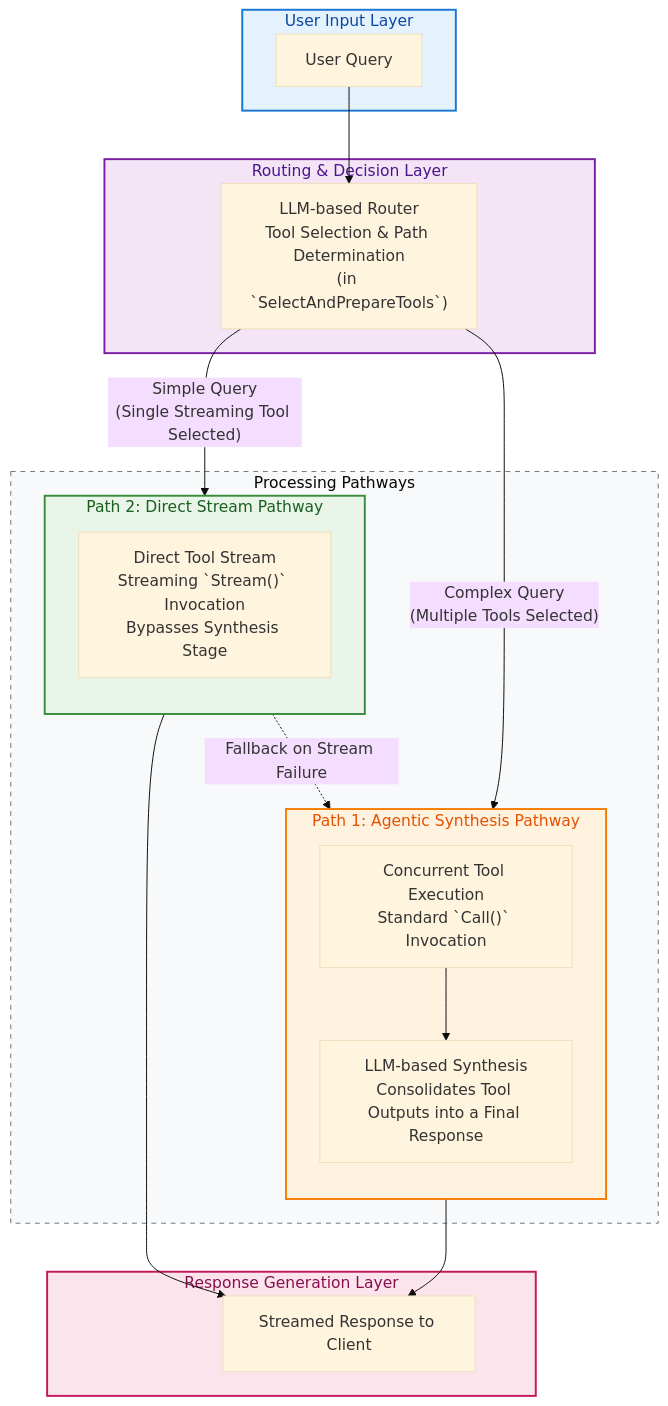
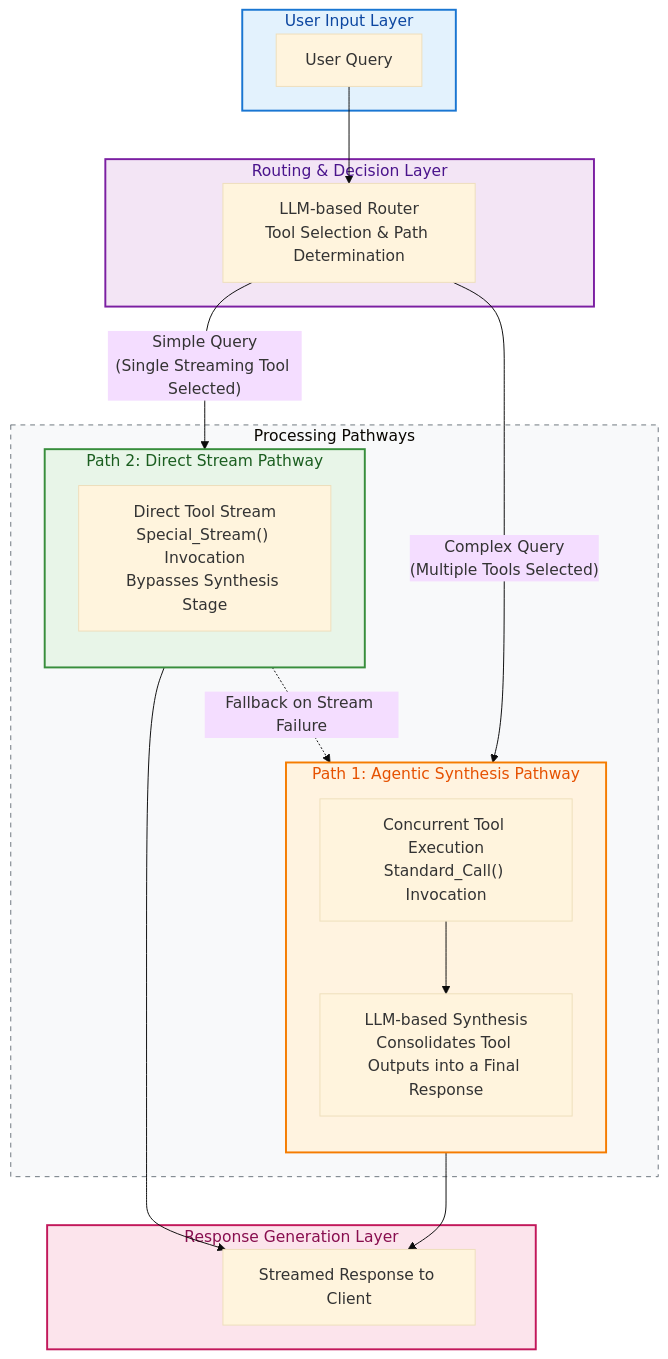
Before and after one commit to miftahulmahfuzh/agentic: the diagram in hugo_docs/content/docs/caller_insights/rag_stream.md, drawn with Mermaid (base theme). The commit also changed 3 other files, not shown here.

```diff
--- a/hugo_docs/content/docs/caller_insights/rag_stream.md
+++ b/hugo_docs/content/docs/caller_insights/rag_stream.md
@@ -76,52 +76,52 @@
 {{< mermaid >}}
 graph TD
     subgraph UserInputLayer ["User Input Layer"]
         UserQuery["User Query"]
     end
 
     subgraph DecisionLayer ["Routing & Decision Layer"]
-        LLMRouter["LLM-based Router<br/>Tool Selection & Path Determination<br/>(in `SelectAndPrepareTools`)"]
+        LLMRouter["LLM-based Router<br/>Tool Selection & Path Determination"]
     end
 
     subgraph ProcessingPathways ["Processing Pathways"]
         subgraph AgenticPathway ["Path 1: Agentic Synthesis Pathway"]
             direction TB
-            ToolExecution["Concurrent Tool Execution<br/>Standard `Call()` Invocation"]
+            ToolExecution["Concurrent Tool Execution<br/>Standard_Call() Invocation"]
             LLMSynthesis["LLM-based Synthesis<br/>Consolidates Tool Outputs into a Final Response"]
             ToolExecution --> LLMSynthesis
         end
 
         subgraph DirectPathway ["Path 2: Direct Stream Pathway"]
             direction TB
-            DirectToolStream["Direct Tool Stream<br/>Streaming `Stream()` Invocation<br/>Bypasses Synthesis Stage"]
+            DirectToolStream["Direct Tool Stream<br/>Special_Stream() Invocation<br/>Bypasses Synthesis Stage"]
         end
     end
 
     subgraph ResponseLayer ["Response Generation Layer"]
         StreamedResponse["Streamed Response to Client"]
     end
 
     %% Flow Connections
     UserQuery --> LLMRouter
     LLMRouter -- "Complex Query<br/>(Multiple Tools Selected)" --> ToolExecution
     LLMRouter -- "Simple Query<br/>(Single Streaming Tool Selected)" --> DirectToolStream
     LLMSynthesis --> StreamedResponse
     DirectToolStream --> StreamedResponse
     DirectToolStream -. "Fallback on Stream Failure" .-> LLMSynthesis
 
     %% Styling Definitions
     classDef userInputStyle fill:#e3f2fd,stroke:#1976d2,stroke-width:2px,color:#0d47a1
     classDef decisionStyle fill:#f3e5f5,stroke:#7b1fa2,stroke-width:2px,color:#4a148c
     classDef agenticStyle fill:#fff3e0,stroke:#f57c00,stroke-width:2px,color:#e65100
     classDef directStyle fill:#e8f5e8,stroke:#388e3c,stroke-width:2px,color:#1b5e20
     classDef responseStyle fill:#fce4ec,stroke:#c2185b,stroke-width:2px,color:#880e4f
     classDef pathwayContainer fill:#f8f9fa,stroke:#6c757d,stroke-width:1px,stroke-dasharray: 5 5
 
     %% Class Assignments
     class UserInputLayer userInputStyle
     class DecisionLayer decisionStyle
     class AgenticPathway agenticStyle
     class DirectPathway directStyle
     class ResponseLayer responseStyle
     class ProcessingPathways pathwayContainer
 {{< /mermaid >}}
```
